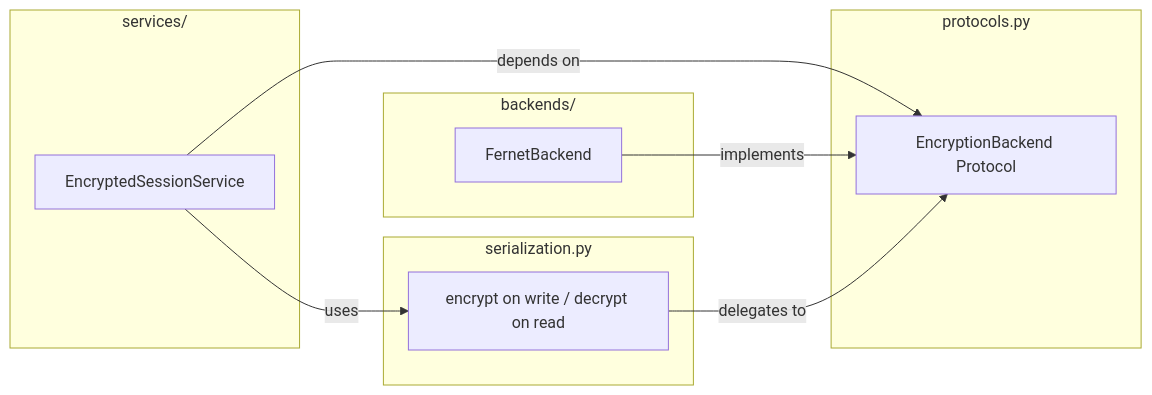
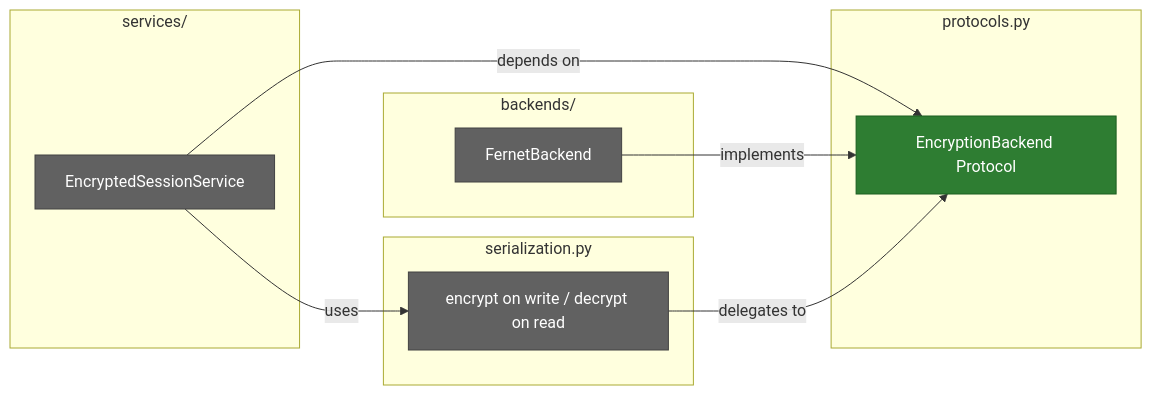
One commit to Alberto-Codes/adk-secure-sessions changed the third of 3 diagrams in docs/ARCHITECTURE.md. Above: the diagram before and after it, drawn with Mermaid. The commit also changed other lines of this file, not shown here.

Commit message:
feat: enhance architecture documentation with color legend and updated diagrams

````diff
--- a/docs/ARCHITECTURE.md
+++ b/docs/ARCHITECTURE.md
@@ -67,23 +68,28 @@
 ```mermaid
 graph LR
     subgraph protocols.py
         EB2[EncryptionBackend Protocol]
     end
 
     subgraph services/
         ESS2[EncryptedSessionService]
     end
 
     subgraph backends/
         FB2[FernetBackend]
     end
 
     subgraph serialization.py
         SER[encrypt on write / decrypt on read]
     end
 
     ESS2 -->|depends on| EB2
     FB2 -->|implements| EB2
     ESS2 -->|uses| SER
     SER -->|delegates to| EB2
+
+    style EB2 fill:#2e7d32,stroke:#1b5e20,color:#fff
+    style ESS2 fill:#616161,stroke:#424242,color:#fff
+    style FB2 fill:#616161,stroke:#424242,color:#fff
+    style SER fill:#616161,stroke:#424242,color:#fff
 ```
````
